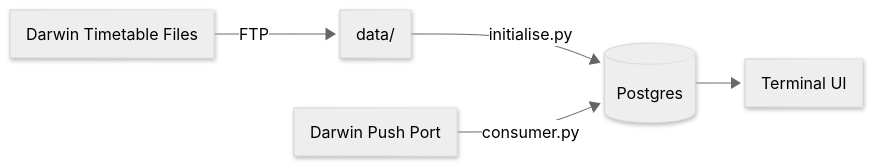
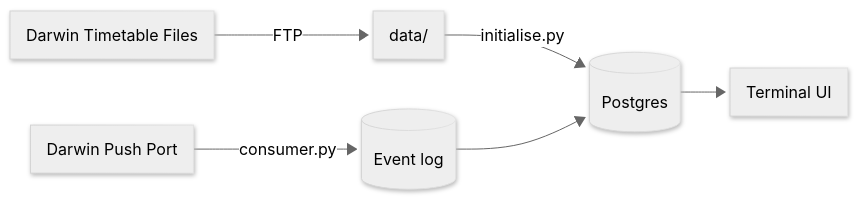
One commit to james-uea/TrainTrack changed the diagram in README.md. Above: the diagram before and after it, drawn with Mermaid. The commit also changed other lines of this file and 21 other files, not shown here.

First line of the commit message:
Milestone 1 groundwork: event log, full Push Port coverage, date-aware times

````diff
--- a/README.md
+++ b/README.md
@@ -7,16 +7,17 @@
 ```mermaid
 ---
 config:
   layout: fixed
   theme: neutral
   look: neo
   fontFamily: '''Source Code Pro Variable'', monospace'
   themeVariables:
     fontFamily: '''Source Code Pro Variable'', monospace'
 ---
 flowchart LR
     TT["Darwin Timetable Files"] -- FTP --> DATA["data/"]
     DATA -- "initialise.py" --> DB[("Postgres")]
-    PP["Darwin Push Port"] -- "consumer.py" --> DB
+    PP["Darwin Push Port"] -- "consumer.py" --> EV[("Event log")]
+    EV --> DB
     DB --> TUI["Terminal UI"]
 ```
````
